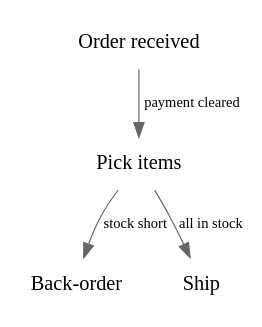
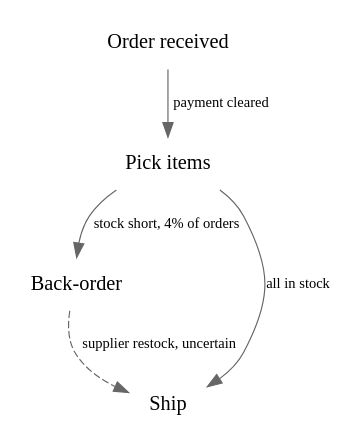
Before and after one commit to mayar-ariss/tufte-data-viz: the second of 2 diagrams in rules/diagrams-flowcharts.md, drawn with Graphviz. The commit also changed other lines of this file, not shown here.

First line of the commit message:
Diagrams: add Tufte's practices for links, nouns, flows, comparison and documentation

````diff
--- a/rules/diagrams-flowcharts.md
+++ b/rules/diagrams-flowcharts.md
@@ -98,11 +154,12 @@
 ```dot
 digraph process {
   node [shape=plaintext, fontname="Palatino"];
   edge [color="#666666", penwidth=0.8, fontname="Palatino", fontsize=10];
   received [label="Order received"]; pick [label="Pick items"];
   backorder [label="Back-order"]; ship [label="Ship"];
   received -> pick [label="payment cleared"];
-  pick -> backorder [label="stock short"];
+  pick -> backorder [label="stock short, 4% of orders"];
   pick -> ship [label="all in stock"];
+  backorder -> ship [label="supplier restock, uncertain", style=dashed];
 }
 ```
````
